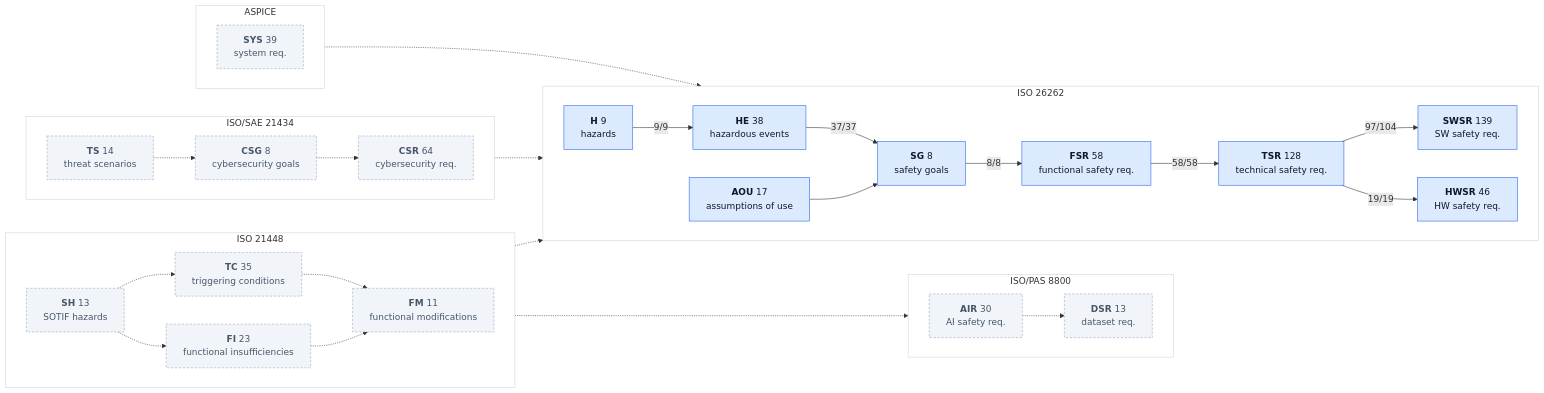
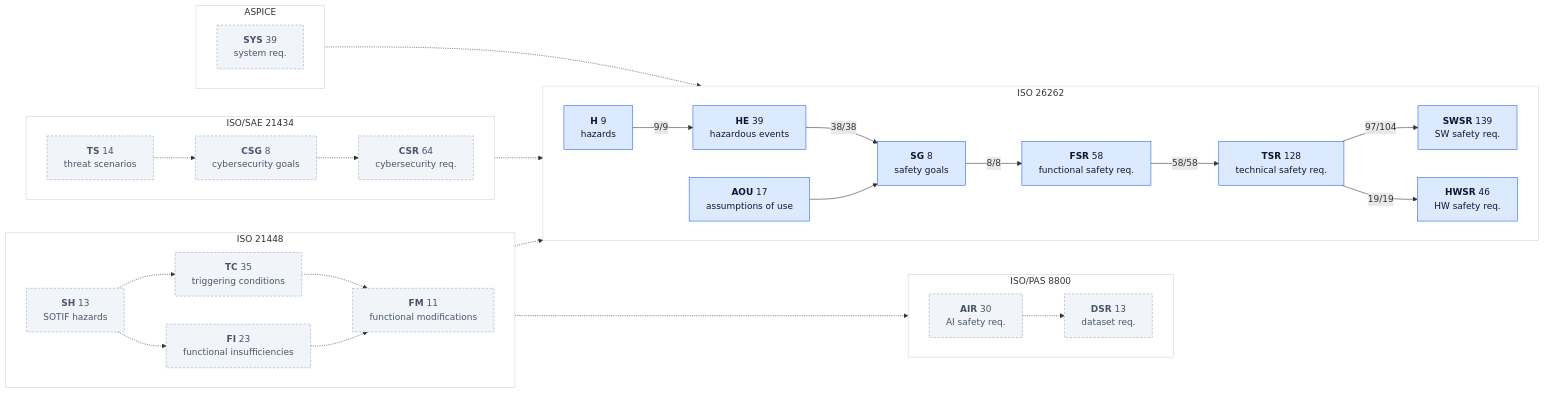
Before and after one commit to jherrodthomas/LionDriver: the second of 2 diagrams in assurance/trace/maps/aspice-trace-map.md, drawn with Mermaid. The commit also changed other lines of this file and 57 other files, not shown here.

````diff
--- a/assurance/trace/maps/aspice-trace-map.md
+++ b/assurance/trace/maps/aspice-trace-map.md
@@ -188,61 +188,61 @@
 ```mermaid
 flowchart LR
   subgraph ISO26262["ISO 26262"]
     direction LR
     kH["<b>H</b> 9<br/>hazards"]:::traced
-    kHE["<b>HE</b> 38<br/>hazardous events"]:::traced
+    kHE["<b>HE</b> 39<br/>hazardous events"]:::traced
     kSG["<b>SG</b> 8<br/>safety goals"]:::traced
     kFSR["<b>FSR</b> 58<br/>functional safety req."]:::traced
     kTSR["<b>TSR</b> 128<br/>technical safety req."]:::traced
     kSWSR["<b>SWSR</b> 139<br/>SW safety req."]:::traced
     kHWSR["<b>HWSR</b> 46<br/>HW safety req."]:::traced
     kAOU["<b>AOU</b> 17<br/>assumptions of use"]:::traced
   end
   style ISO26262 fill:#FFFFFF,stroke:#CBD5E1
   subgraph ISO21448["ISO 21448"]
     direction LR
     kSH["<b>SH</b> 13<br/>SOTIF hazards"]:::doc
     kTC["<b>TC</b> 35<br/>triggering conditions"]:::doc
     kFI["<b>FI</b> 23<br/>functional insufficiencies"]:::doc
     kFM["<b>FM</b> 11<br/>functional modifications"]:::doc
   end
   style ISO21448 fill:#FFFFFF,stroke:#CBD5E1
   subgraph ISOPAS8800["ISO/PAS 8800"]
     direction LR
     kAIR["<b>AIR</b> 30<br/>AI safety req."]:::doc
     kDSR["<b>DSR</b> 13<br/>dataset req."]:::doc
   end
   style ISOPAS8800 fill:#FFFFFF,stroke:#CBD5E1
   subgraph ISOSAE21434["ISO/SAE 21434"]
     direction LR
     kTS["<b>TS</b> 14<br/>threat scenarios"]:::doc
     kCSG["<b>CSG</b> 8<br/>cybersecurity goals"]:::doc
     kCSR["<b>CSR</b> 64<br/>cybersecurity req."]:::doc
   end
   style ISOSAE21434 fill:#FFFFFF,stroke:#CBD5E1
   subgraph ASPICE["ASPICE"]
     direction LR
     kSYS["<b>SYS</b> 39<br/>system req."]:::doc
   end
   style ASPICE fill:#FFFFFF,stroke:#CBD5E1
   kH -->|"9/9"| kHE
-  kHE -->|"37/37"| kSG
+  kHE -->|"38/38"| kSG
   kSG -->|"8/8"| kFSR
   kFSR -->|"58/58"| kTSR
   kTSR -->|"97/104"| kSWSR
   kTSR -->|"19/19"| kHWSR
   kAOU --> kSG
   kSH -.-> kTC
   kSH -.-> kFI
   kTC -.-> kFM
   kFI -.-> kFM
   kSH -.-> kHE
   kFI -.-> kAIR
   kAIR -.-> kDSR
   kTS -.-> kCSG
   kCSG -.-> kCSR
   kCSG -.-> kSG
   kSYS -.-> kTSR
   classDef traced fill:#DBEAFE,stroke:#2563EB,color:#0F172A
   classDef doc fill:#F1F5F9,stroke:#94A3B8,stroke-dasharray:4 3,color:#475569
 ```
````
